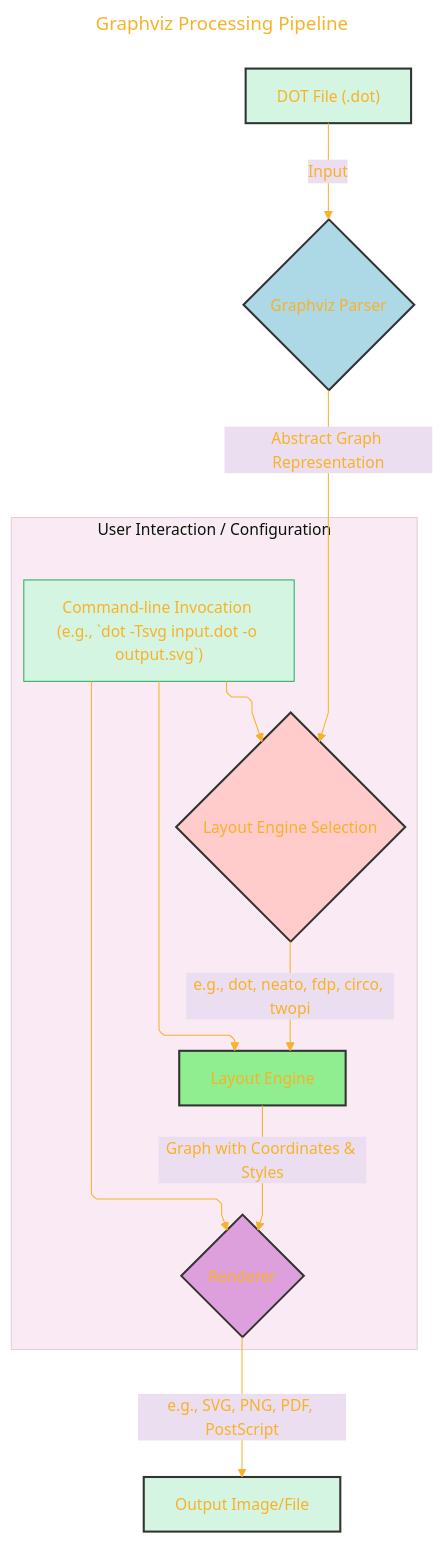
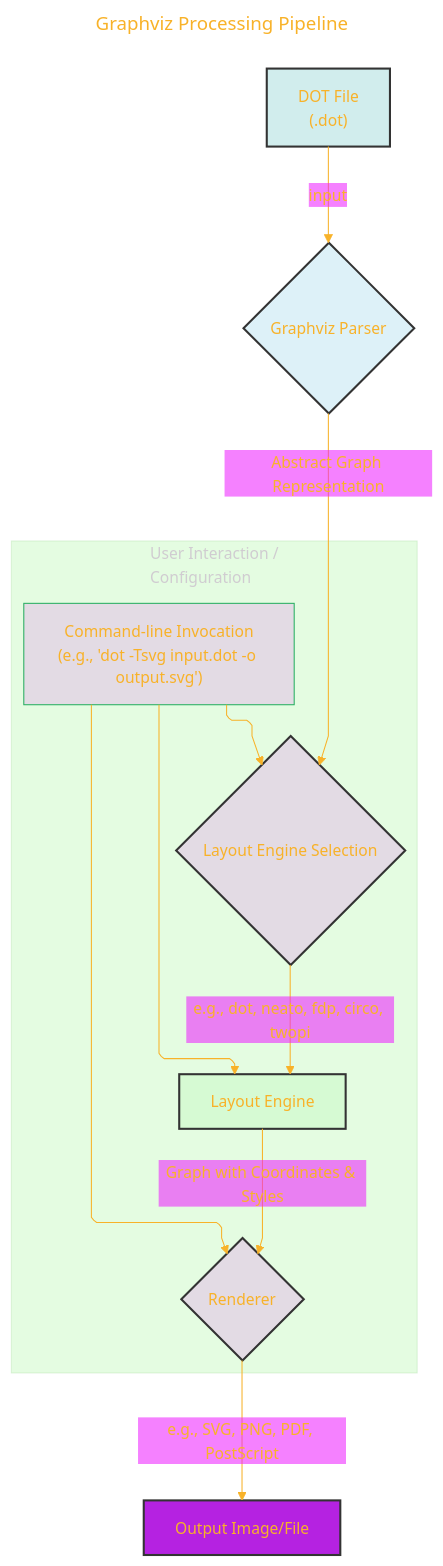
One commit to CongLeSolutionX/The-Language-Atlas changed the first of 2 diagrams in regions/DOT_language/PART_2/01_Graphviz_Pipeline.md. Above: the diagram before and after it, drawn with Mermaid. The commit also changed 10 other files, not shown here.

````diff
--- a/regions/DOT_language/PART_2/01_Graphviz_Pipeline.md
+++ b/regions/DOT_language/PART_2/01_Graphviz_Pipeline.md
@@ -27,51 +27,51 @@
 ```mermaid
 ---
 title: "Graphviz Processing Pipeline"
 author: "Cong Le"
 version: "1.0"
 license(s): "MIT, CC BY 4.0"
 copyright: "Copyright (c) 2025 Cong Le. All Rights Reserved."
 config:
   layout: elk
   theme: base
 ---
 %%%%%%%% Mermaid version v11.4.1-b.14
 %%%%%%%% Available curve styles include the following keywords:
 %% basis, bumpX, bumpY, cardinal, catmullRom, linear, monotoneX, monotoneY, natural, step, stepAfter, stepBefore.
 %%{
   init: {
     'flowchart': { 'htmlLabels': true, 'curve': 'linear' },
     'fontFamily': 'Monaco',
     'themeVariables': {
-      'primaryColor': '#D5F5E3',
+      'primaryColor': '#D5E3',
       'primaryTextColor': '#F8B229',
       'lineColor': '#F8B229',
       'primaryBorderColor': '#27AE60',
-      'secondaryColor': '#EBDEF0',
+      'secondaryColor': '#E2F2',
       'secondaryTextColor': '#6C3483',
       'secondaryBorderColor': '#A569BD',
       'fontSize': '15px'
     }
   }
 }%%
 flowchart TD
-    A["DOT File (.dot)"] -- "Input" --> B{Graphviz Parser};
-    B -- "Abstract Graph Representation" --> C{Layout Engine Selection};
-    C -- "e.g., dot, neato, fdp, circo, twopi" --> D[Layout Engine];
-    D -- "Graph with Coordinates & Styles" --> E{Renderer};
-    E -- "e.g., SVG, PNG, PDF, PostScript" --> F["Output Image/File"];
+    A["DOT File<br/>(.dot)"] -- "input" --> B{"Graphviz Parser"}
+    B -- "Abstract Graph Representation" --> C{"Layout Engine Selection"}
+    C -- "e.g., dot, neato, fdp, circo, twopi" --> D["Layout Engine"]
+    D -- "Graph with Coordinates & Styles" --> E{"Renderer"}
+    E -- "e.g., SVG, PNG, PDF, PostScript" --> F["Output Image/File"]
 
-    subgraph "User Interaction / Configuration"
-        direction LR
-        U1["Command-line Invocation (e.g., `dot -Tsvg input.dot -o output.svg`)"] --> C;
-        U1 --> D;
-        U1 --> E;
+    subgraph User_Interaction_Configuration["User Interaction /<br/> Configuration"]
+    direction LR
+      U1["Command-line Invocation<br/>(e.g., 'dot -Tsvg input.dot -o output.svg')"] --> C
+      U1 --> D
+      U1 --> E
     end
 
-    style A fill:#lightyellow,stroke:#333,stroke-width:2px
-    style B fill:#add8e6,stroke:#333,stroke-width:2px
-    style C fill:#ffcccb,stroke:#333,stroke-width:2px
-    style D fill:#90ee90,stroke:#333,stroke-width:2px
-    style E fill:#dda0dd,stroke:#333,stroke-width:2px
-    style F fill:#lightgrey,stroke:#333,stroke-width:2px
+    style A fill:#add8,stroke:#333,stroke-width:2px
+    style B fill:#ade6,stroke:#333,stroke-width:2px
+    style C fill:#fcccb,stroke:#333,stroke-width:2px
+    style D fill:#9e93,stroke:#333,stroke-width:2px
+    style E fill:#da0dd,stroke:#333,stroke-width:2px
+    style F fill:#a0dd,stroke:#333,stroke-width:2px
 ```
````
